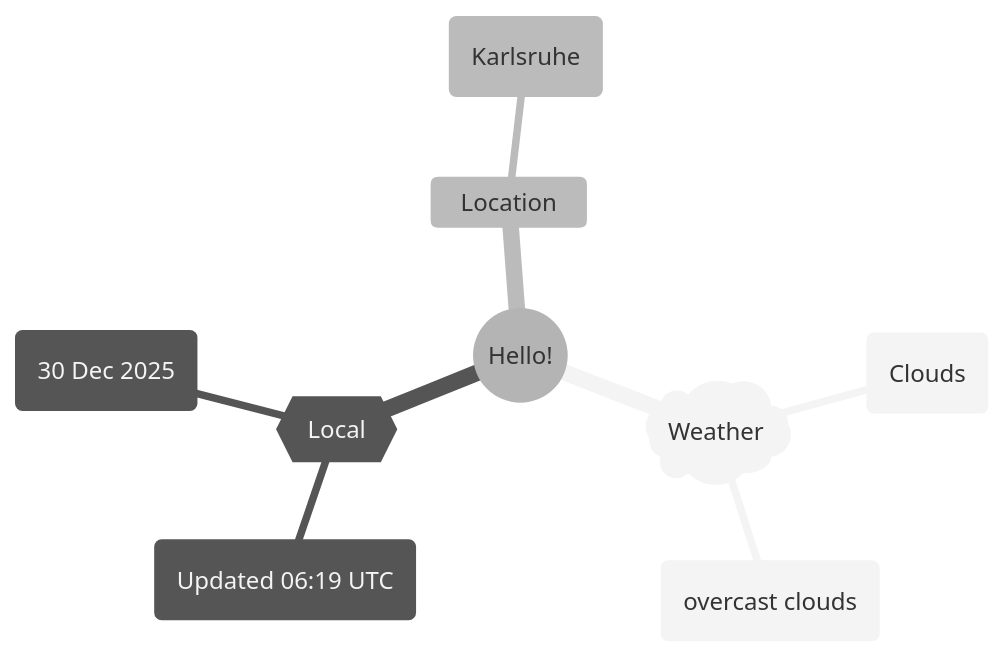
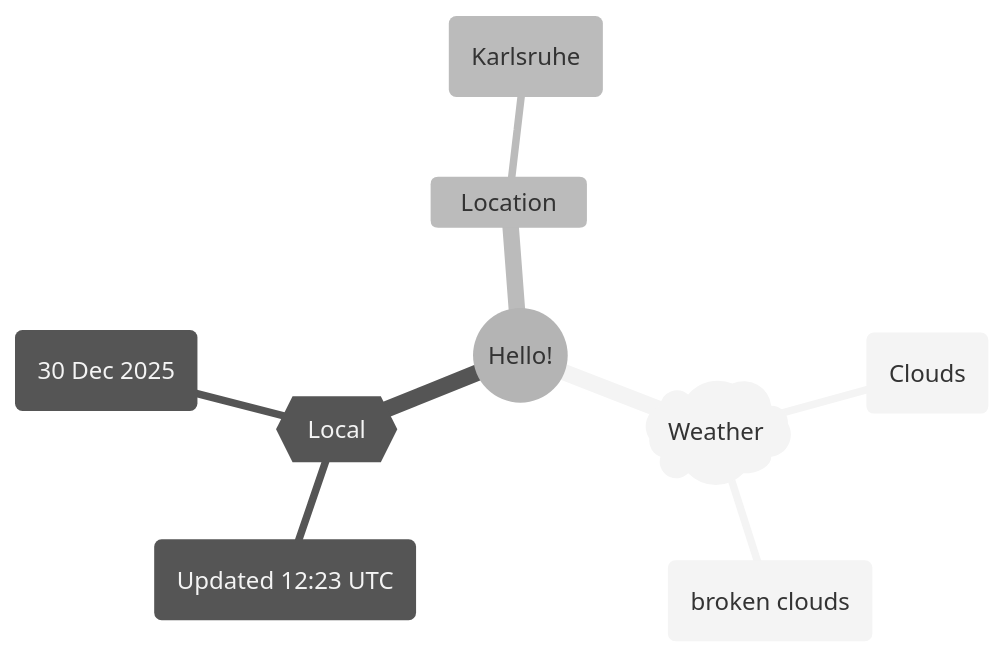
The first of 2 diagrams in README.md (Xosrov/Xosrov), drawn with Mermaid (neutral theme) before and after one commit.

Commit message:
[bot] updated images

````diff
--- a/README.md
+++ b/README.md
@@ -3,12 +3,12 @@
 ```mermaid
 mindmap
   root((Hello!))
     )Weather(
         (Clouds)
-        (overcast clouds)
+        (broken clouds)
     {{Local}}
-        (Updated 06:19 UTC)
+        (Updated 12:23 UTC)
         (30 Dec 2025)
     Location
         (Karlsruhe)
 ```
````
